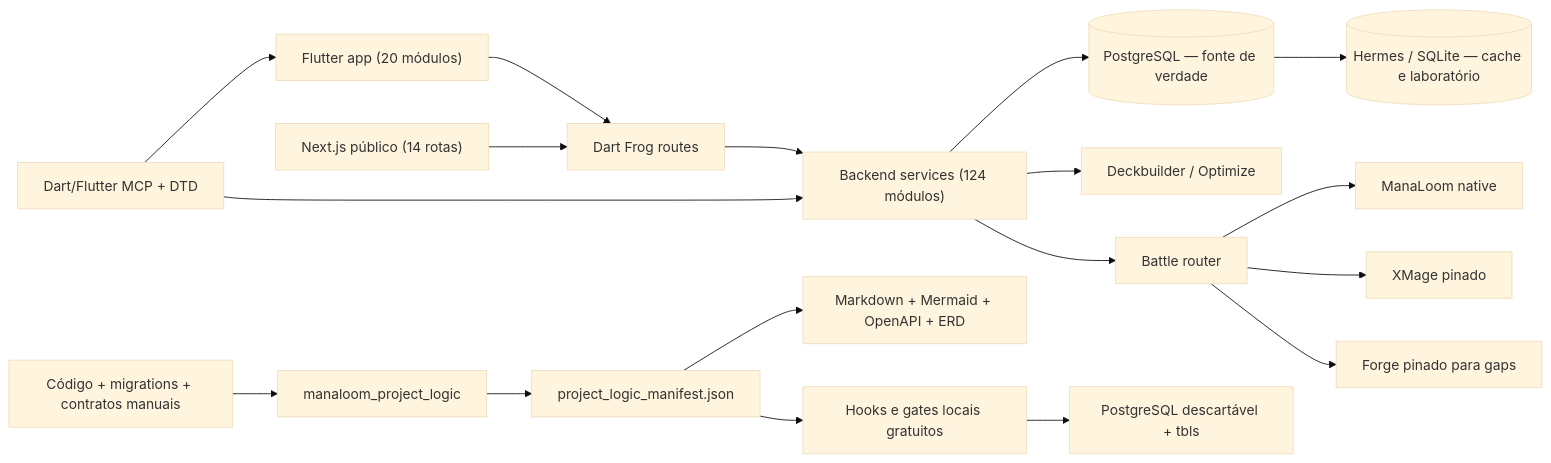
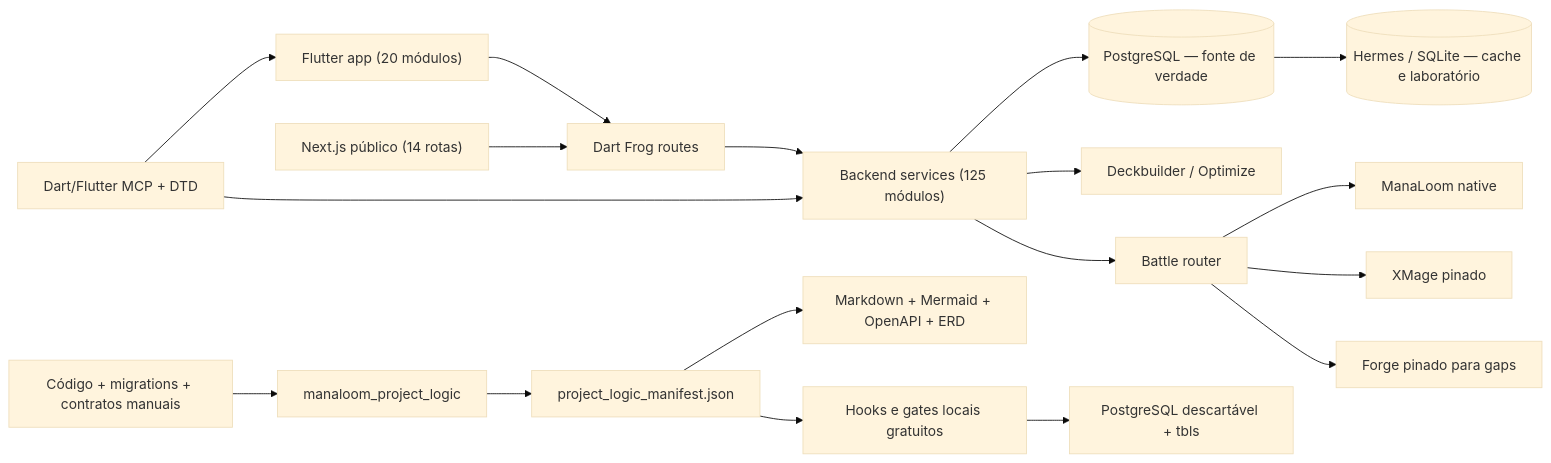
One commit to softwarePredador/mtgia changed the diagram in docs/generated/ARCHITECTURE.md. Above: the diagram before and after it, drawn with Mermaid (base theme). The commit also changed 214 other files, not shown here.

````diff
--- a/docs/generated/ARCHITECTURE.md
+++ b/docs/generated/ARCHITECTURE.md
@@ -5,20 +5,20 @@
 ```mermaid
 flowchart LR
     UI["Flutter app (20 módulos)"] --> API["Dart Frog routes"]
     WEB["Next.js público (14 rotas)"] --> API
-    API --> DOMAIN["Backend services (124 módulos)"]
+    API --> DOMAIN["Backend services (125 módulos)"]
     DOMAIN --> PG[("PostgreSQL — fonte de verdade")]
     DOMAIN --> AI["Deckbuilder / Optimize"]
     DOMAIN --> BATTLE["Battle router"]
     BATTLE --> NATIVE["ManaLoom native"]
     BATTLE --> XMAGE["XMage pinado"]
     BATTLE --> FORGE["Forge pinado para gaps"]
     PG --> HERMES[("Hermes / SQLite — cache e laboratório")]
     SRC["Código + migrations + contratos manuais"] --> GEN["manaloom_project_logic"]
     GEN --> MANIFEST["project_logic_manifest.json"]
     MANIFEST --> DOCS["Markdown + Mermaid + OpenAPI + ERD"]
     MANIFEST --> LOCAL["Hooks e gates locais gratuitos"]
     LOCAL --> TBLS["PostgreSQL descartável + tbls"]
     MCP["Dart/Flutter MCP + DTD"] --> UI
     MCP --> DOMAIN
 ```
````
